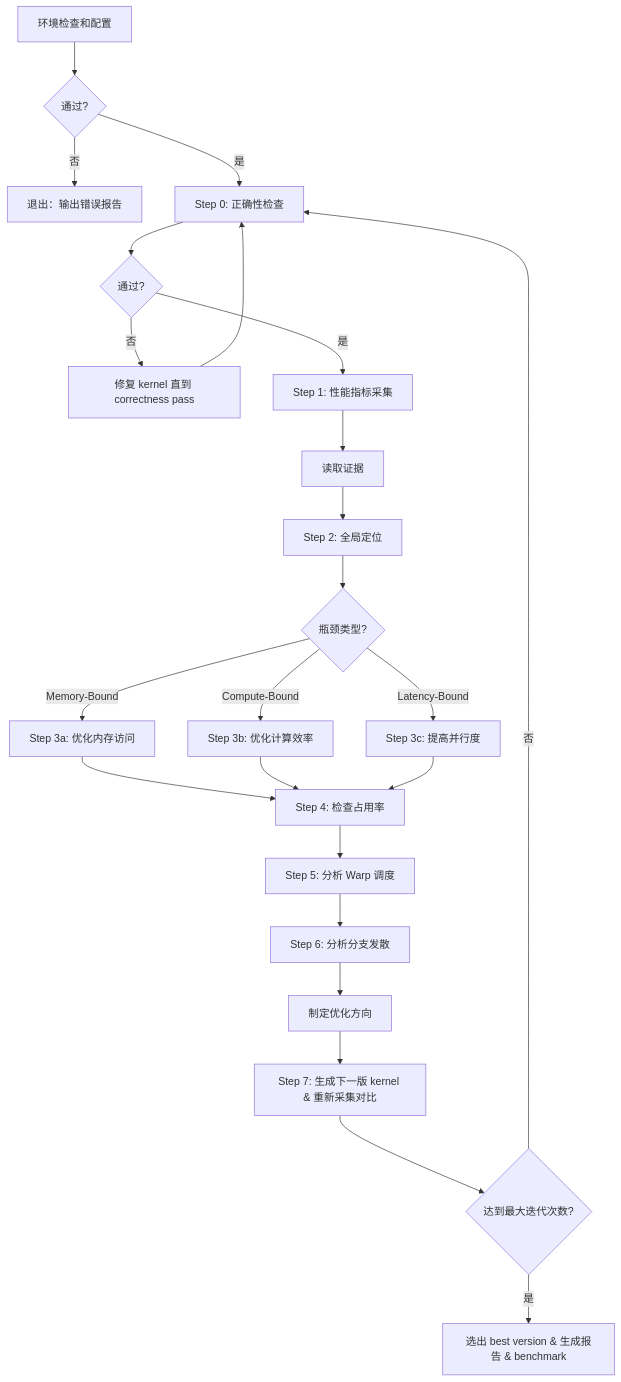
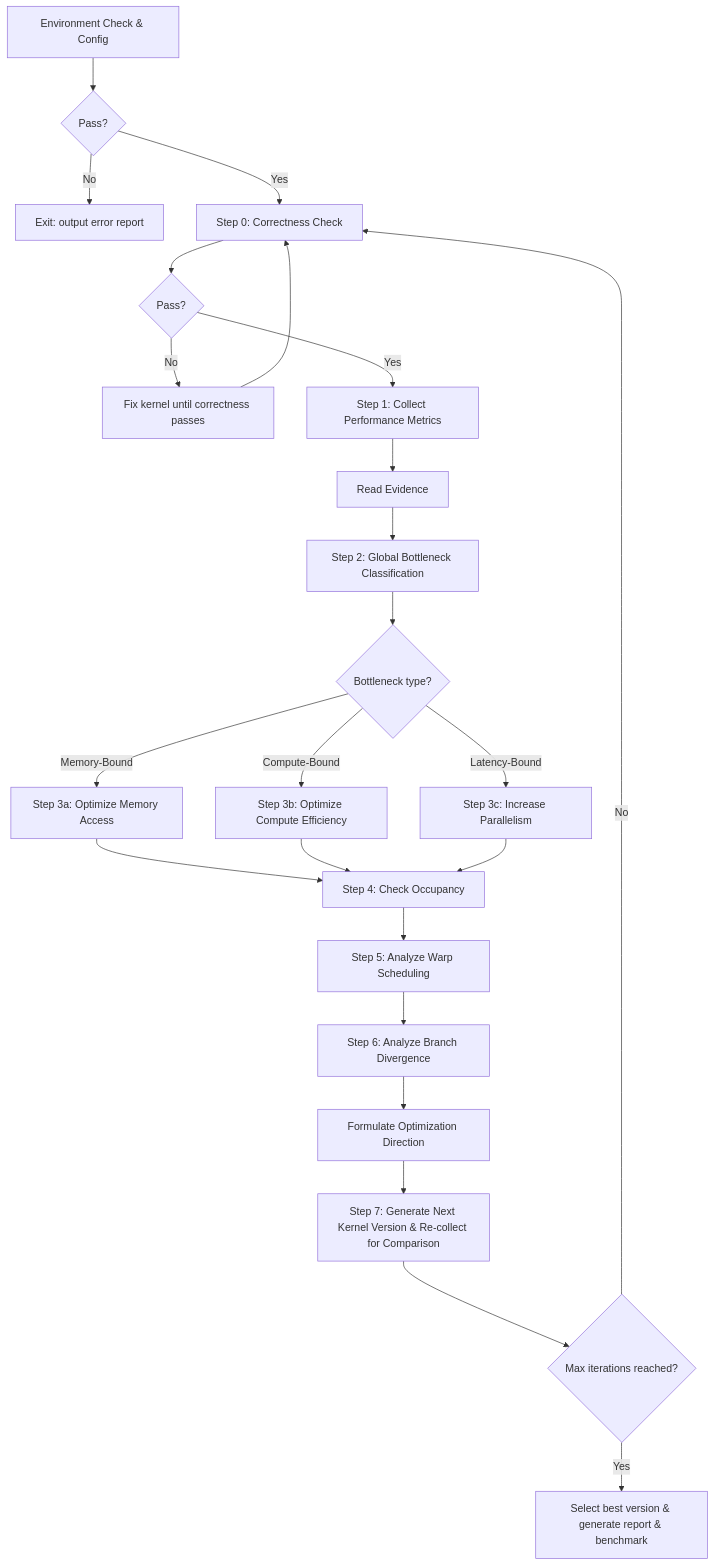
One commit to fmh66/kernel-opt-skill changed the diagram in skills/kernel-opt-skill/SKILL.md. Above: the diagram before and after it, drawn with Mermaid. The commit also changed other lines of this file and 19 other files, not shown here.

````diff
--- a/skills/kernel-opt-skill/SKILL.md
+++ b/skills/kernel-opt-skill/SKILL.md
@@ -10,25 +10,25 @@
 ```mermaid
 flowchart TD
-    ENV["环境检查和配置"] --> ENV_Q{通过?}
-    ENV_Q -->|否| ENV_FAIL[退出：输出错误报告]
-    ENV_Q -->|是| P["Step 0: 正确性检查"] --> Q{通过?}
-    Q -->|否| R[修复 kernel 直到 correctness pass]
+    ENV["Environment Check & Config"] --> ENV_Q{Pass?}
+    ENV_Q -->|No| ENV_FAIL[Exit: output error report]
+    ENV_Q -->|Yes| P["Step 0: Correctness Check"] --> Q{Pass?}
+    Q -->|No| R[Fix kernel until correctness passes]
     R --> P
-    Q -->|是| A["Step 1: 性能指标采集"]
-    A --> A2["读取证据"]
-    A2 --> B[Step 2: 全局定位]
-    B --> C{瓶颈类型?}
-    C -->|Memory-Bound| D[Step 3a: 优化内存访问]
-    C -->|Compute-Bound| E[Step 3b: 优化计算效率]
-    C -->|Latency-Bound| F[Step 3c: 提高并行度]
-    D --> G[Step 4: 检查占用率]
+    Q -->|Yes| A["Step 1: Collect Performance Metrics"]
+    A --> A2["Read Evidence"]
+    A2 --> B[Step 2: Global Bottleneck Classification]
+    B --> C{Bottleneck type?}
+    C -->|Memory-Bound| D[Step 3a: Optimize Memory Access]
+    C -->|Compute-Bound| E[Step 3b: Optimize Compute Efficiency]
+    C -->|Latency-Bound| F[Step 3c: Increase Parallelism]
+    D --> G[Step 4: Check Occupancy]
     E --> G
     F --> G
-    G --> H[Step 5: 分析 Warp 调度]
-    H --> I[Step 6: 分析分支发散]
-    I --> I2["制定优化方向"]
-    I2 --> J["Step 7: 生成下一版 kernel & 重新采集对比"]
-    J --> K{达到最大迭代次数?}
-    K -->|否| P
-    K -->|是| L["选出 best version & 生成报告 & benchmark"]
+    G --> H[Step 5: Analyze Warp Scheduling]
+    H --> I[Step 6: Analyze Branch Divergence]
+    I --> I2["Formulate Optimization Direction"]
+    I2 --> J["Step 7: Generate Next Kernel Version & Re-collect for Comparison"]
+    J --> K{Max iterations reached?}
+    K -->|No| P
+    K -->|Yes| L["Select best version & generate report & benchmark"]
 ```
````
